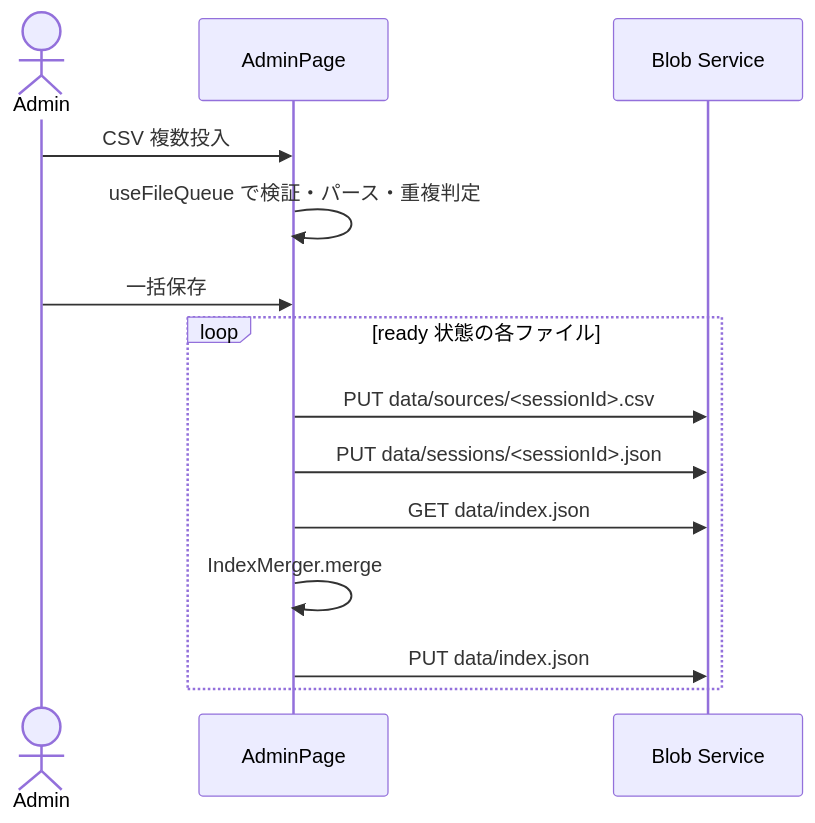
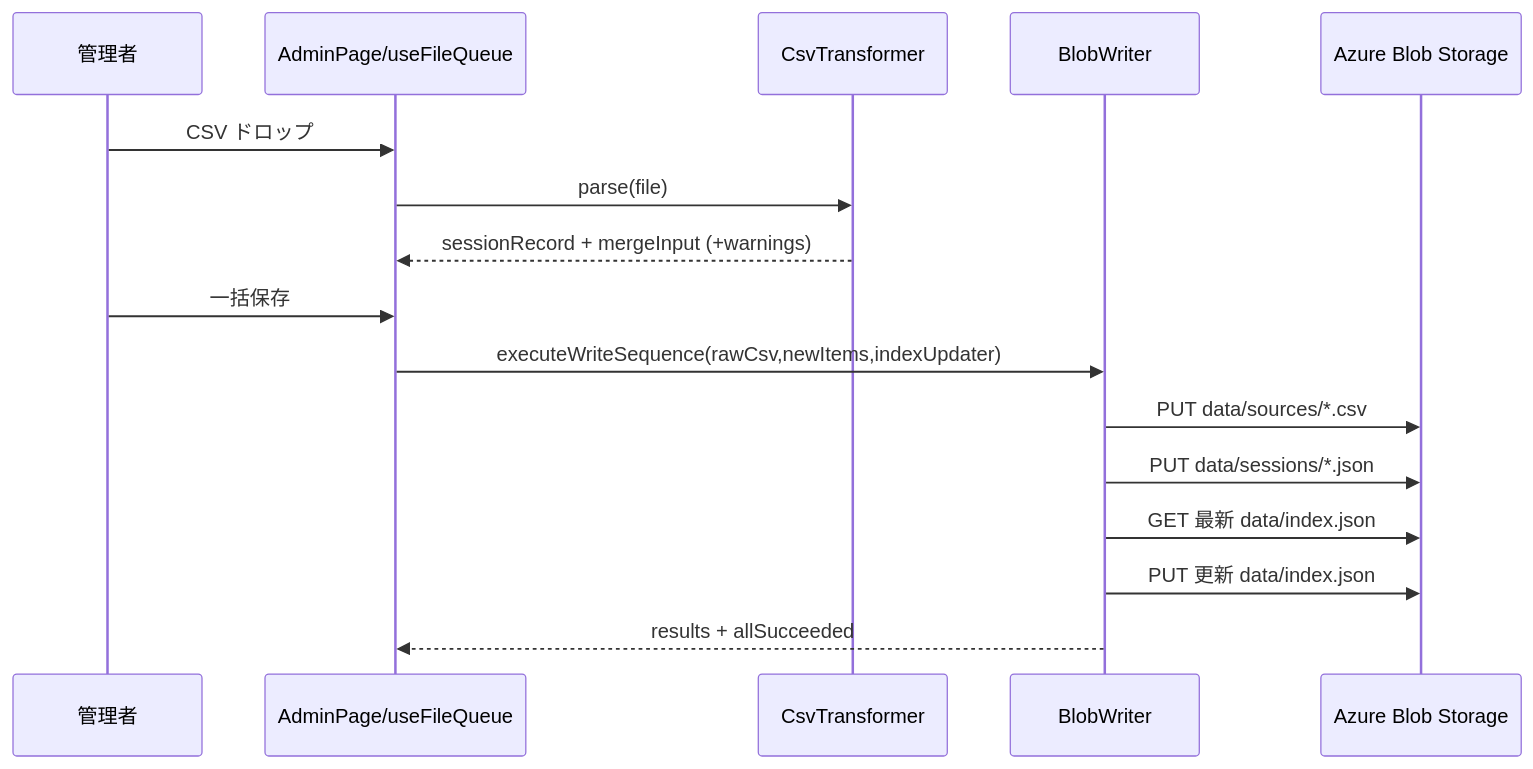
One commit to nuitsjp/teams-board changed the third of 3 diagrams in docs/architecture.md. Above: the diagram before and after it, drawn with Mermaid. The commit also changed other lines of this file and 9 other files, not shown here.

First line of the commit message:
Docs/architecture complete description (#48)

````diff
--- a/docs/architecture.md
+++ b/docs/architecture.md
@@ -140,17 +149,19 @@
 ```mermaid
 sequenceDiagram
-  actor A as Admin
-  participant SPA as AdminPage
-  participant BLOB as Blob Service
+    participant Admin as 管理者
+    participant UI as AdminPage/useFileQueue
+    participant CSV as CsvTransformer
+    participant BW as BlobWriter
+    participant Blob as Azure Blob Storage
 
-  A->>SPA: CSV 複数投入
-  SPA->>SPA: useFileQueue で検証・パース・重複判定
-  A->>SPA: 一括保存
-  loop ready 状態の各ファイル
-    SPA->>BLOB: PUT data/sources/<sessionId>.csv
-    SPA->>BLOB: PUT data/sessions/<sessionId>.json
-    SPA->>BLOB: GET data/index.json
-    SPA->>SPA: IndexMerger.merge
-    SPA->>BLOB: PUT data/index.json
-  end
+    Admin->>UI: CSV ドロップ
+    UI->>CSV: parse(file)
+    CSV-->>UI: sessionRecord + mergeInput (+warnings)
+    Admin->>UI: 一括保存
+    UI->>BW: executeWriteSequence(rawCsv,newItems,indexUpdater)
+    BW->>Blob: PUT data/sources/*.csv
+    BW->>Blob: PUT data/sessions/*.json
+    BW->>Blob: GET 最新 data/index.json
+    BW->>Blob: PUT 更新 data/index.json
+    BW-->>UI: results + allSucceeded
 ```
````
